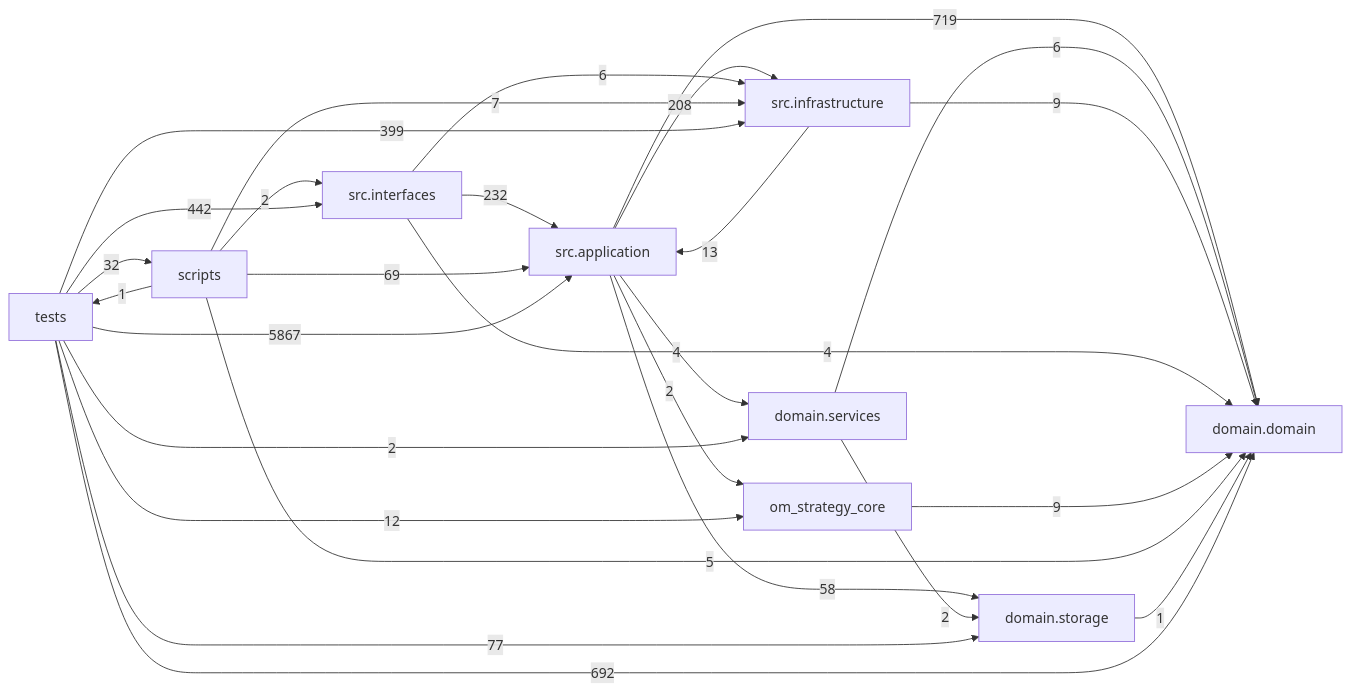
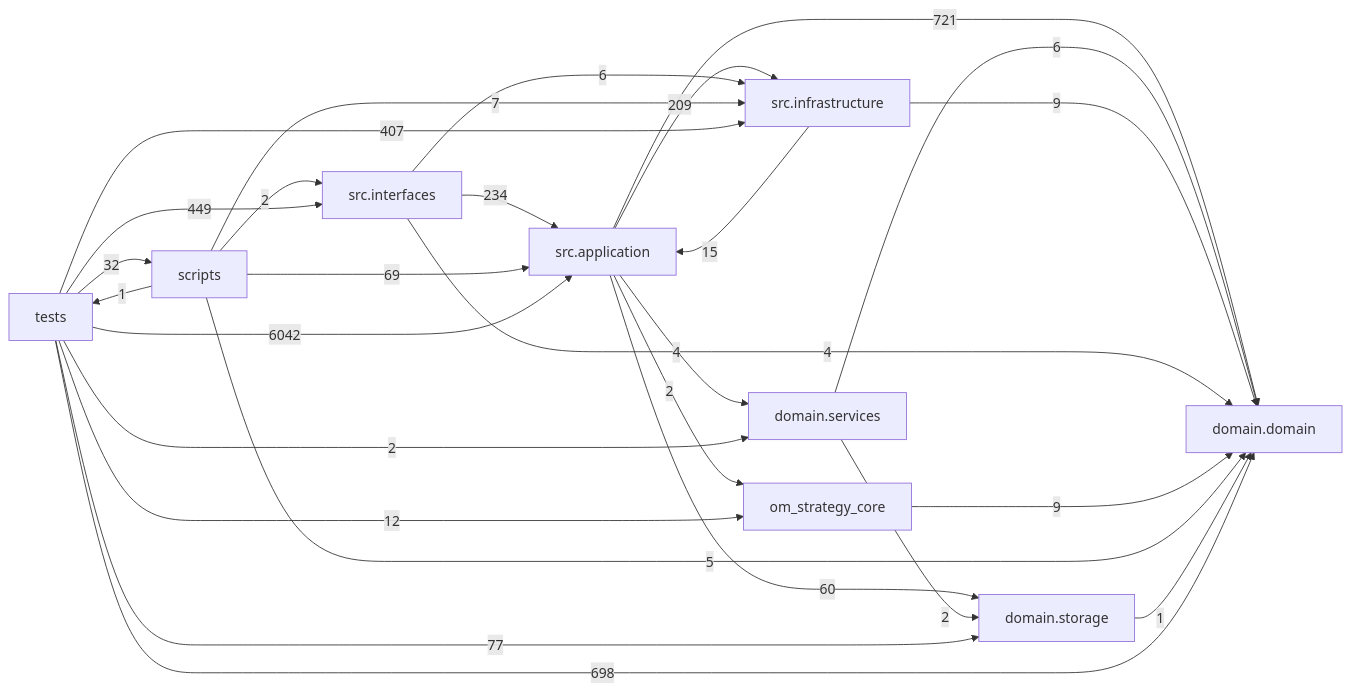
The diagram in docs/DEPENDENCY_GRAPH.md (liuxie066/options-monitor), drawn with Mermaid before and after one commit. The commit also changed other lines of this file and 82 other files, not shown here.

````diff
--- a/docs/DEPENDENCY_GRAPH.md
+++ b/docs/DEPENDENCY_GRAPH.md
@@ -24,38 +24,38 @@
 ```mermaid
 flowchart LR
   tests["tests"]
   scripts["scripts"]
   interfaces["src.interfaces"]
   application["src.application"]
   infrastructure["src.infrastructure"]
   domain_services["domain.services"]
   domain["domain.domain"]
   storage["domain.storage"]
-  application -->|719| domain
+  application -->|721| domain
   application -->|4| domain_services
-  application -->|208| infrastructure
+  application -->|209| infrastructure
   application -->|2| om_strategy_core
-  application -->|58| storage
+  application -->|60| storage
   domain_services -->|6| domain
   domain_services -->|2| storage
-  infrastructure -->|13| application
+  infrastructure -->|15| application
   infrastructure -->|9| domain
-  interfaces -->|232| application
+  interfaces -->|234| application
   interfaces -->|4| domain
   interfaces -->|6| infrastructure
   om_strategy_core -->|9| domain
   scripts -->|69| application
   scripts -->|5| domain
   scripts -->|7| infrastructure
   scripts -->|2| interfaces
   scripts -->|1| tests
   storage -->|1| domain
-  tests -->|5867| application
-  tests -->|692| domain
+  tests -->|6042| application
+  tests -->|698| domain
   tests -->|2| domain_services
-  tests -->|399| infrastructure
-  tests -->|442| interfaces
+  tests -->|407| infrastructure
+  tests -->|449| interfaces
   tests -->|12| om_strategy_core
   tests -->|32| scripts
   tests -->|77| storage
 ```
````
